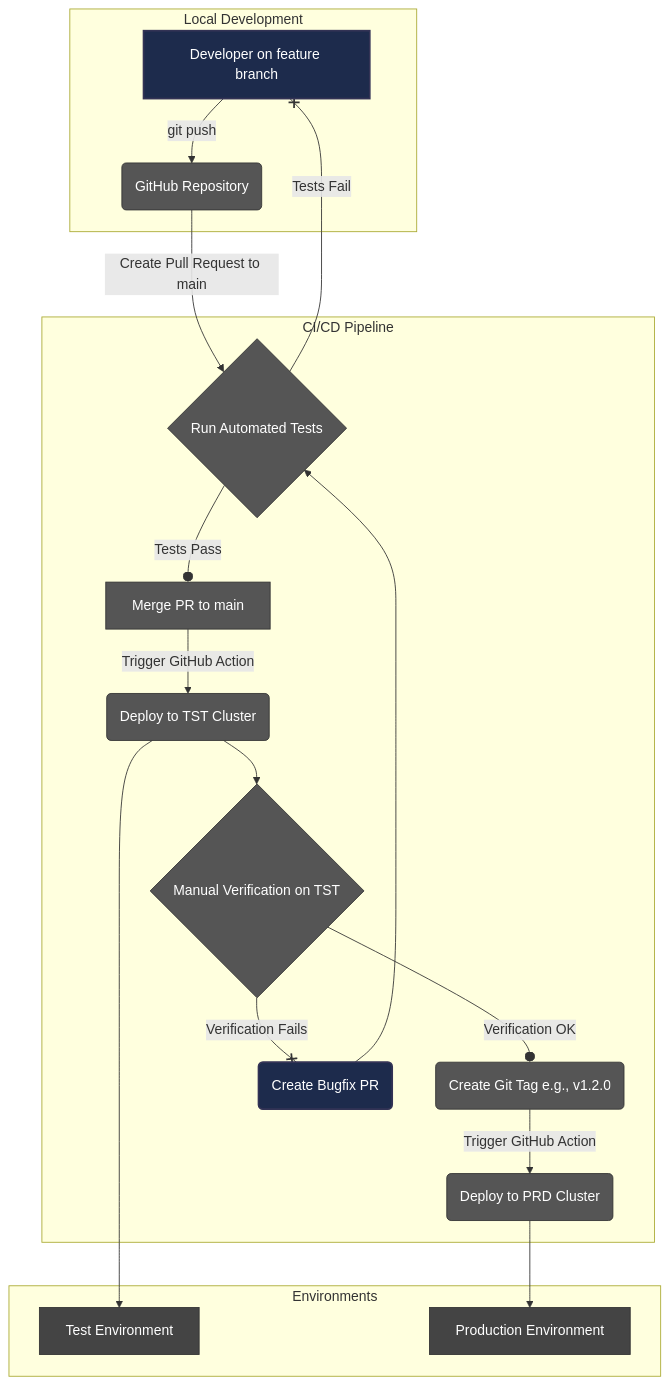
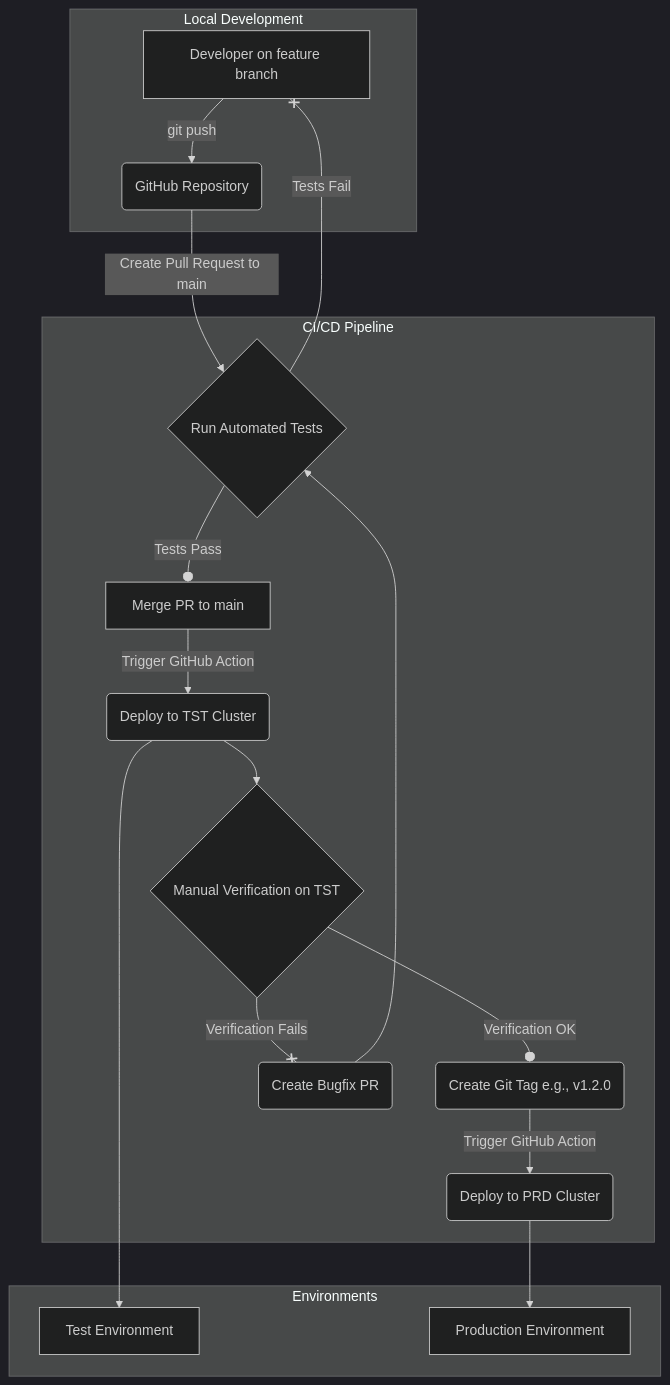
Before and after one commit to mjwalz/Kartografische_Zeitmaschine: diagram 19 of 20 in README.md, drawn with Mermaid. The commit also changed other lines of this file and 4 other files, not shown here.

````diff
--- a/README.md
+++ b/README.md
@@ -1198,35 +1262,40 @@
 ```mermaid
+---
+config:
+  theme: 'dark'
+---
+
 graph TD
     subgraph "Local Development"
         A[Developer on feature branch] -->|git push| B(GitHub Repository)
     end
 
     subgraph "CI/CD Pipeline"
         B -->|Create Pull Request to main| C{Run Automated Tests}
         C --o|Tests Pass| D[Merge PR to main]
         C --x|Tests Fail| A
         
         D -->|Trigger GitHub Action| E(Deploy to TST Cluster)
         E --> F{Manual Verification on TST}
         
         F --o|Verification OK| G(Create Git Tag e.g., v1.2.0)
         F --x|Verification Fails| H(Create Bugfix PR)
         H --> C
 
         G -->|Trigger GitHub Action| I(Deploy to PRD Cluster)
     end
 
     subgraph "Environments"
         E --> TST[Test Environment]
         I --> PRD[Production Environment]
     end
 
     %% Styling to match the document's theme
-    classDef dev fill:#1d2b4c,stroke:#335,stroke-width:2px,color:white
-    classDef pipeline fill:#555,stroke:#333,color:white
-    classDef env fill:#444,stroke:#333,color:white
+    %%classDef dev fill:#1d2b4c,stroke:#335,stroke-width:2px,color:white
+    %%classDef pipeline fill:#555,stroke:#333,color:white
+    %%classDef env fill:#444,stroke:#333,color:white
 
     class A,H dev
     class B,C,D,E,F,G,I pipeline
     class TST,PRD env
 ```
````
